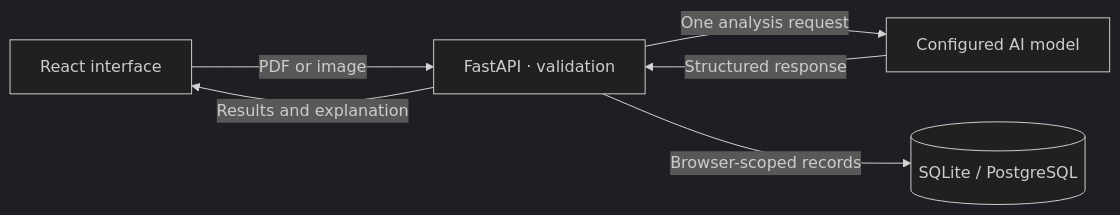
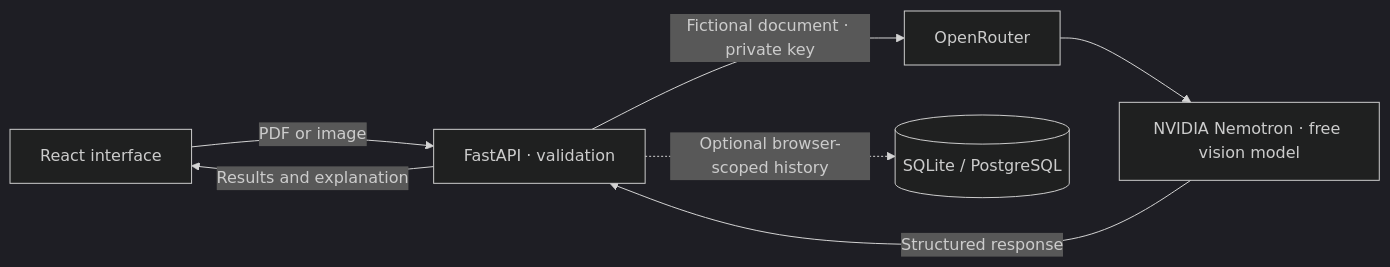
One commit to Faseeh206/MediSense changed the diagram in README.md. Above: the diagram before and after it, drawn with Mermaid (dark theme). The commit also changed other lines of this file and 54 other files, not shown here.

First line of the commit message:
Use NVIDIA Nemotron for live document analysis

````diff
--- a/README.md
+++ b/README.md
@@ -124,8 +134,9 @@
 ```mermaid
 flowchart LR
     UI["React interface"] -->|"PDF or image"| API["FastAPI · validation"]
-    API -->|"One analysis request"| AI["Configured AI model"]
+    API -->|"Fictional document · private key"| ROUTER["OpenRouter"]
+    ROUTER --> AI["NVIDIA Nemotron · free vision model"]
     AI -->|"Structured response"| API
-    API -->|"Browser-scoped records"| DB[("SQLite / PostgreSQL")]
+    API -.->|"Optional browser-scoped history"| DB[("SQLite / PostgreSQL")]
     API -->|"Results and explanation"| UI
 ```
````
